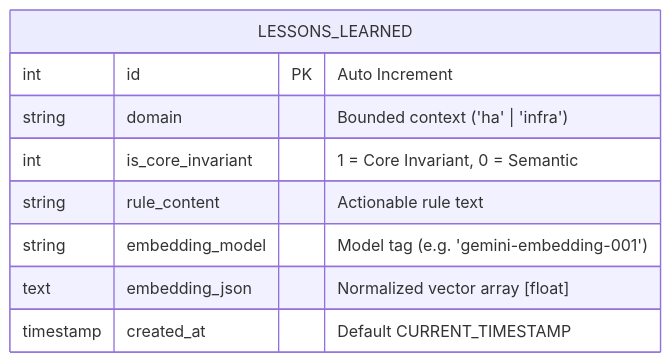
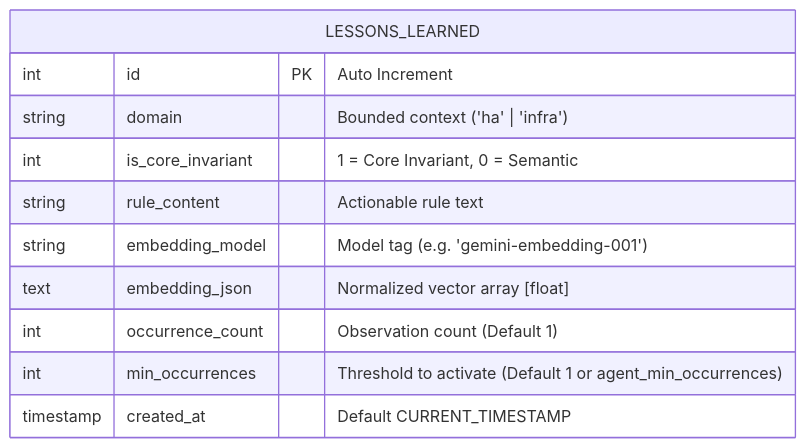
Before and after one commit to MuhendisBey/homelab-agent-mesh: the fifth of 10 diagrams in docs/architecture.md, drawn with Mermaid. The commit also changed other lines of this file and 10 other files, not shown here.

````diff
--- a/docs/architecture.md
+++ b/docs/architecture.md
@@ -151,12 +151,14 @@
 ```mermaid
 erDiagram
     LESSONS_LEARNED {
         int id PK "Auto Increment"
         string domain "Bounded context ('ha' | 'infra')"
         int is_core_invariant "1 = Core Invariant, 0 = Semantic"
         string rule_content "Actionable rule text"
         string embedding_model "Model tag (e.g. 'gemini-embedding-001')"
         text embedding_json "Normalized vector array [float]"
+        int occurrence_count "Observation count (Default 1)"
+        int min_occurrences "Threshold to activate (Default 1 or agent_min_occurrences)"
         timestamp created_at "Default CURRENT_TIMESTAMP"
     }
 ```
````
